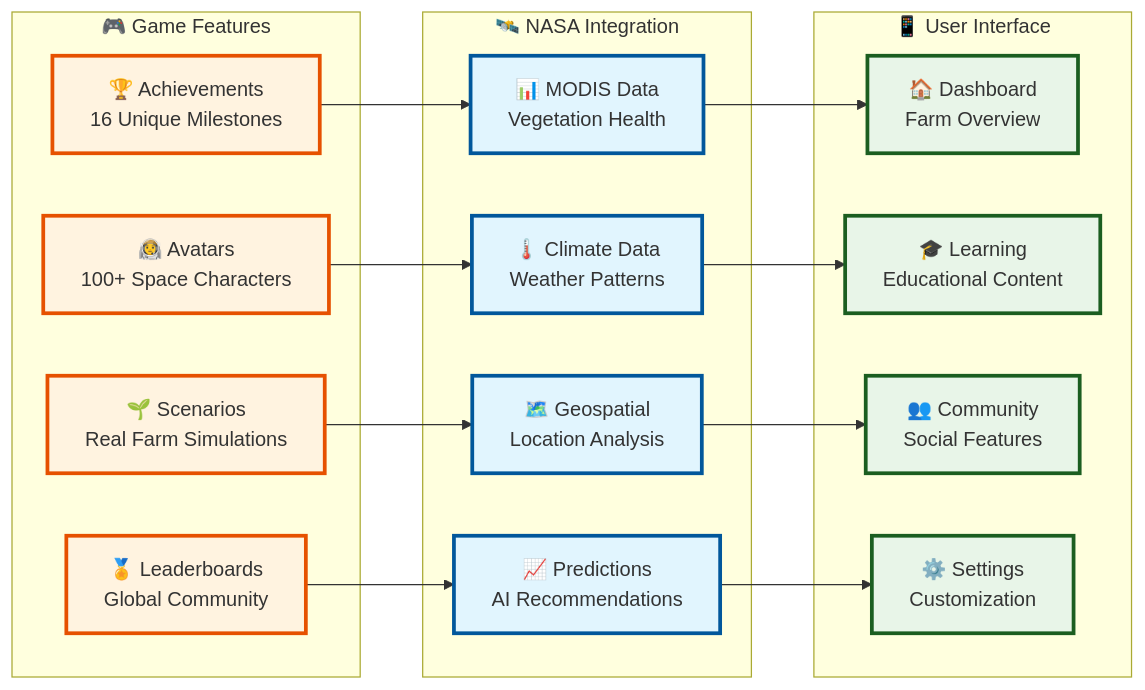
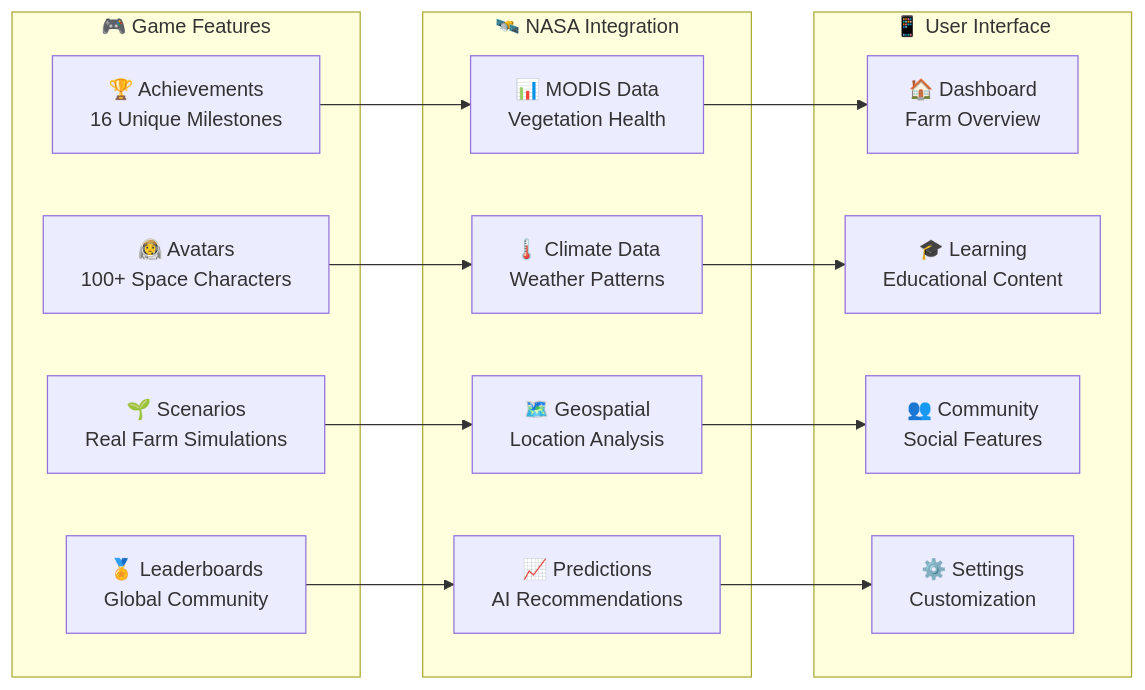
One commit to anshc022/NASA changed the third of 3 diagrams in README.md. Above: the diagram before and after it, drawn with Mermaid. The commit also changed other lines of this file, not shown here.

First line of the commit message:
Simplify Mermaid diagrams - Remove color styling

````diff
--- a/README.md
+++ b/README.md
@@ -167,41 +156,33 @@
 ```mermaid
 graph LR
     subgraph "🎮 Game Features"
         A1[🏆 Achievements<br/>16 Unique Milestones]
         A2[👨‍🚀 Avatars<br/>100+ Space Characters]
         A3[🌱 Scenarios<br/>Real Farm Simulations]
         A4[🏅 Leaderboards<br/>Global Community]
     end
 
     subgraph "🛰️ NASA Integration"
         B1[📊 MODIS Data<br/>Vegetation Health]
         B2[🌡️ Climate Data<br/>Weather Patterns]
         B3[🗺️ Geospatial<br/>Location Analysis]
         B4[📈 Predictions<br/>AI Recommendations]
     end
 
     subgraph "📱 User Interface"
         C1[🏠 Dashboard<br/>Farm Overview]
         C2[🎓 Learning<br/>Educational Content]
         C3[👥 Community<br/>Social Features]
         C4[⚙️ Settings<br/>Customization]
     end
 
     A1 --> B1
     A2 --> B2
     A3 --> B3
     A4 --> B4
     
     B1 --> C1
     B2 --> C2
     B3 --> C3
     B4 --> C4
-
-    classDef game fill:#fff3e0,stroke:#e65100,stroke-width:3px
-    classDef nasa fill:#e1f5fe,stroke:#01579b,stroke-width:3px
-    classDef ui fill:#e8f5e8,stroke:#1b5e20,stroke-width:3px
-
-    class A1,A2,A3,A4 game
-    class B1,B2,B3,B4 nasa
-    class C1,C2,C3,C4 ui
 ```
````
